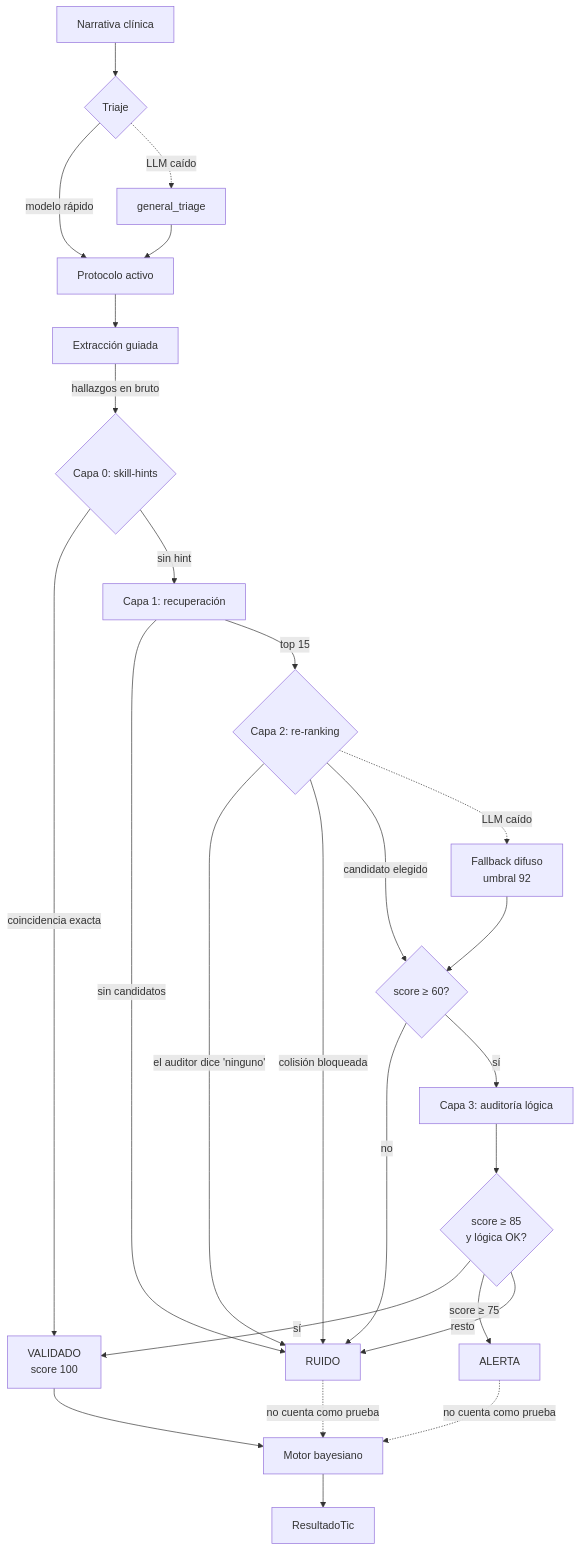
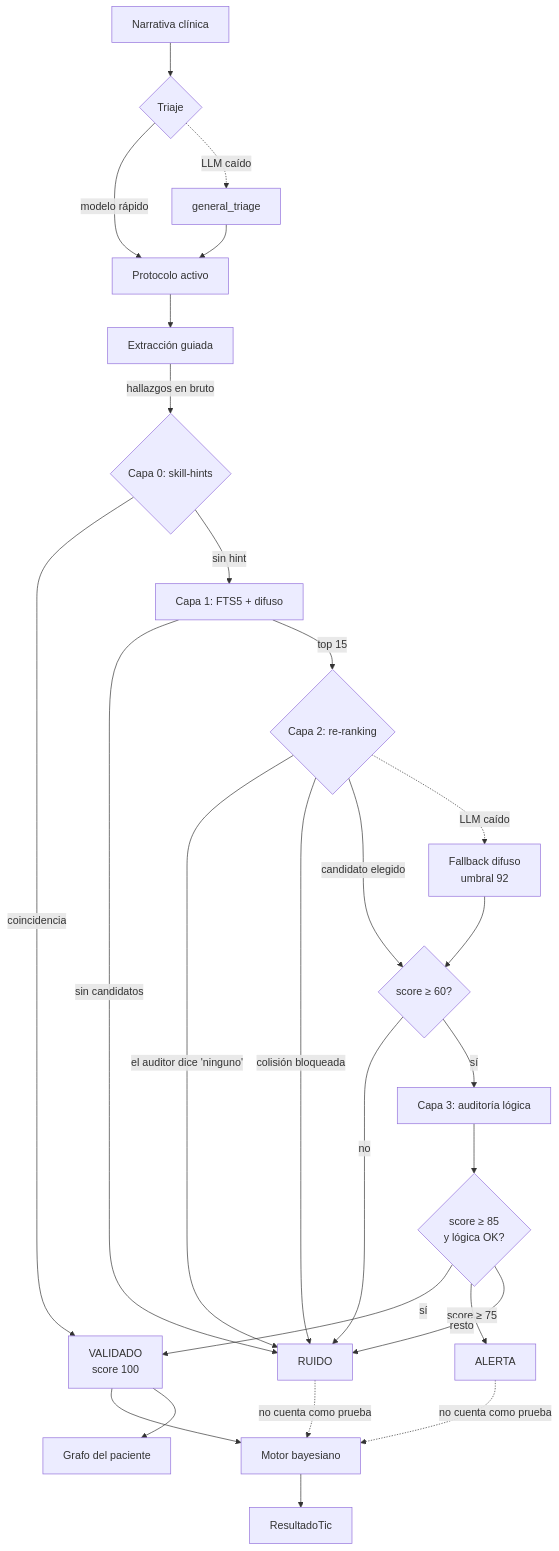
One commit to alcyedmundo281/holonmed changed the diagram in docs/ARQUITECTURA.md. Above: the diagram before and after it, drawn with Mermaid. The commit also changed other lines of this file and 49 other files, not shown here.

````diff
--- a/docs/ARQUITECTURA.md
+++ b/docs/ARQUITECTURA.md
@@ -14,35 +14,36 @@
 ```mermaid
 flowchart TD
     A[Narrativa clínica] --> B{Triaje}
     B -->|modelo rápido| C[Protocolo activo]
     B -.->|LLM caído| C2[general_triage]
     C2 --> C
 
     C --> D[Extracción guiada]
     D -->|hallazgos en bruto| E{Capa 0: skill-hints}
 
-    E -->|coincidencia exacta| V[VALIDADO<br/>score 100]
-    E -->|sin hint| F[Capa 1: recuperación]
+    E -->|coincidencia| V[VALIDADO<br/>score 100]
+    E -->|sin hint| F[Capa 1: FTS5 + difuso]
 
     F -->|sin candidatos| R[RUIDO]
     F -->|top 15| G{Capa 2: re-ranking}
 
     G -->|el auditor dice 'ninguno'| R
     G -->|colisión bloqueada| R
     G -->|candidato elegido| H{score ≥ 60?}
     G -.->|LLM caído| I[Fallback difuso<br/>umbral 92]
     I --> H
 
     H -->|no| R
     H -->|sí| J[Capa 3: auditoría lógica]
 
     J --> K{score ≥ 85<br/>y lógica OK?}
     K -->|sí| V
     K -->|score ≥ 75| AL[ALERTA]
     K -->|resto| R
 
     V --> M[Motor bayesiano]
     AL -.->|no cuenta como prueba| M
     R -.->|no cuenta como prueba| M
     M --> N[ResultadoTic]
+    V --> G2[Grafo del paciente]
 ```
````
